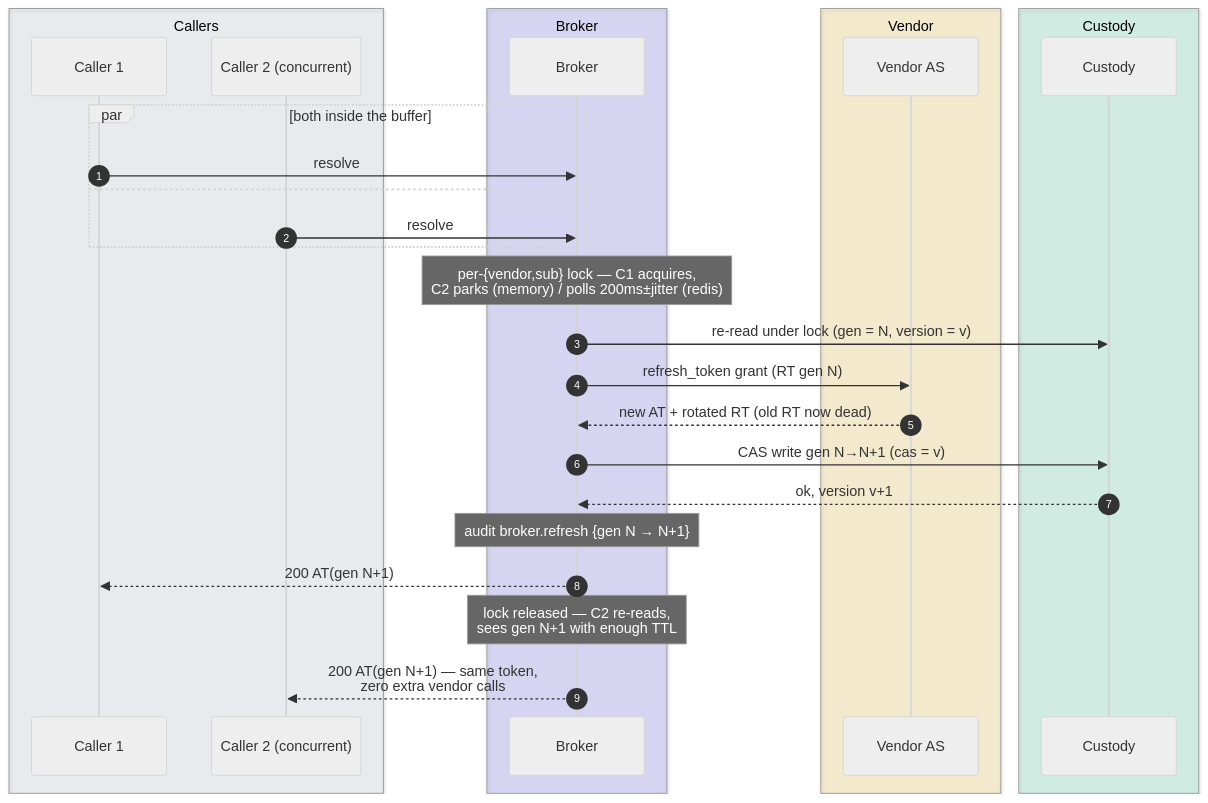
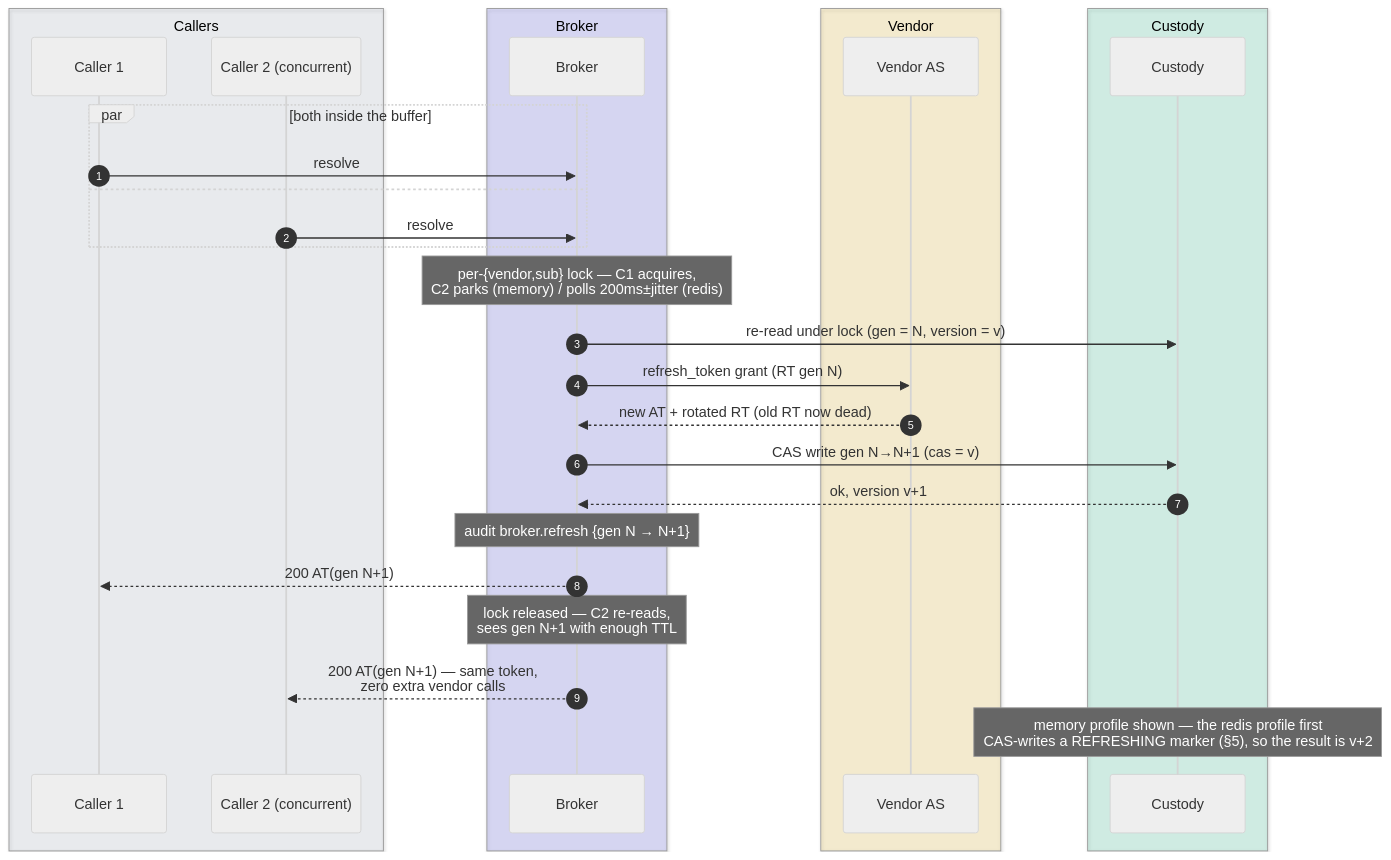
Before and after one commit to chief-builder/vendor-token-broker: the fourth of 10 diagrams in docs/token-lifecycle.md, drawn with Mermaid (neutral theme). The commit also changed other lines of this file and 20 other files, not shown here.

````diff
--- a/docs/token-lifecycle.md
+++ b/docs/token-lifecycle.md
@@ -165,33 +164,34 @@
 ```mermaid
 sequenceDiagram
     autonumber
     box rgba(148,163,184,0.14) Callers
         participant C1 as Caller 1
         participant C2 as Caller 2 (concurrent)
     end
     box rgba(99,102,241,0.20) Broker
         participant B as Broker
     end
     box rgba(234,179,8,0.16) Vendor
         participant V as Vendor AS
     end
     box rgba(16,185,129,0.16) Custody
         participant K as Custody
     end
 
     par both inside the buffer
         C1->>B: resolve
     and
         C2->>B: resolve
     end
     Note over B: per-{vendor,sub} lock — C1 acquires,<br/>C2 parks (memory) / polls 200ms±jitter (redis)
     B->>K: re-read under lock (gen = N, version = v)
     B->>V: refresh_token grant (RT gen N)
     V-->>B: new AT + rotated RT (old RT now dead)
     B->>K: CAS write gen N→N+1 (cas = v)
     K-->>B: ok, version v+1
     Note over B: audit broker.refresh {gen N → N+1}
     B-->>C1: 200 AT(gen N+1)
     Note over B: lock released — C2 re-reads,<br/>sees gen N+1 with enough TTL
     B-->>C2: 200 AT(gen N+1) — same token,<br/>zero extra vendor calls
+    Note over K: memory profile shown — the redis profile first<br/>CAS-writes a REFRESHING marker (§5), so the result is v+2
 ```
````
